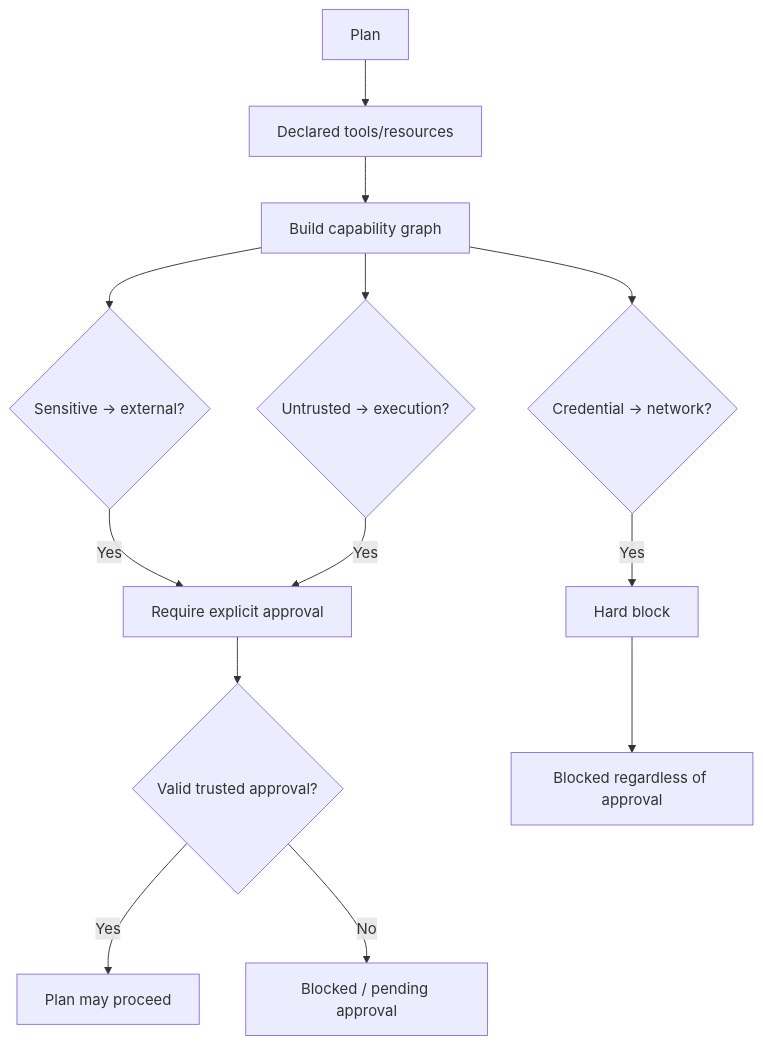
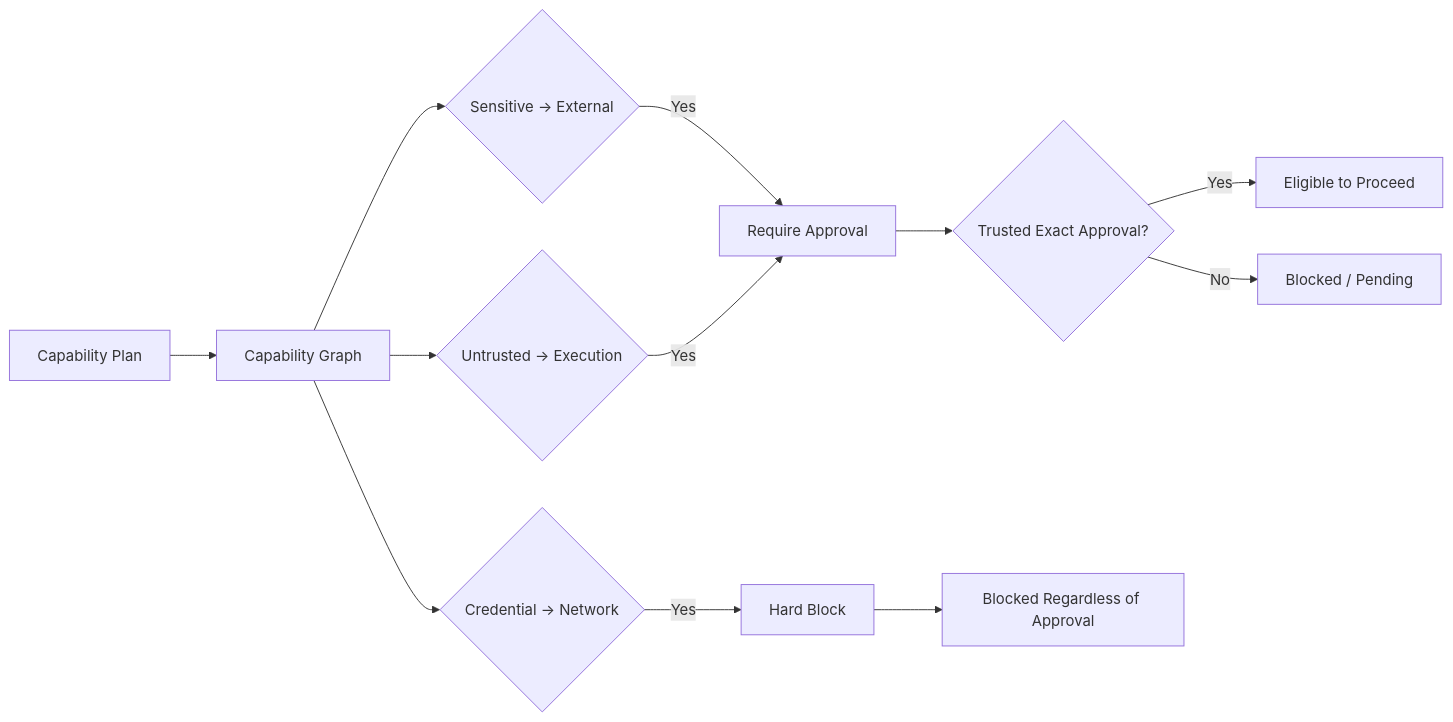
The fourth of 7 diagrams in README.md (Gopal-Singh-Subramani-Singh/context-compiler), drawn with Mermaid before and after one commit. The commit also changed other lines of this file, not shown here.

````diff
--- a/README.md
+++ b/README.md
@@ -335,18 +274,18 @@
 ```mermaid
-flowchart TD
-    A[Plan] --> B[Declared tools/resources]
-    B --> C[Build capability graph]
-    C --> D{Sensitive → external?}
-    C --> E{Untrusted → execution?}
-    C --> F{Credential → network?}
+flowchart LR
+    P[Capability Plan] --> G[Capability Graph]
 
-    D -- Yes --> G[Require explicit approval]
-    E -- Yes --> G
-    F -- Yes --> H[Hard block]
+    G --> S{Sensitive → External}
+    G --> U{Untrusted → Execution}
+    G --> C{Credential → Network}
 
-    G --> I{Valid trusted approval?}
-    I -- Yes --> J[Plan may proceed]
-    I -- No --> K[Blocked / pending approval]
+    S -- Yes --> A[Require Approval]
+    U -- Yes --> A
+    C -- Yes --> B[Hard Block]
 
-    H --> L[Blocked regardless of approval]
+    A --> E{Trusted Exact Approval?}
+    E -- Yes --> OK[Eligible to Proceed]
+    E -- No --> STOP[Blocked / Pending]
+
+    B --> HARD[Blocked Regardless of Approval]
 ```
````
